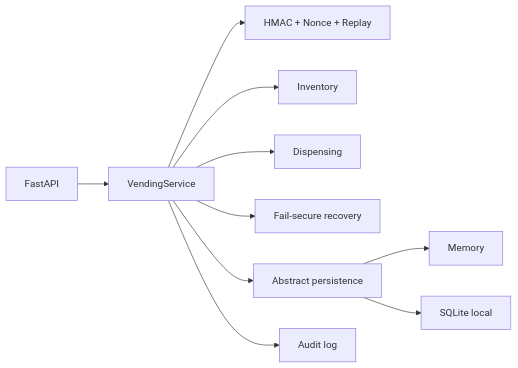
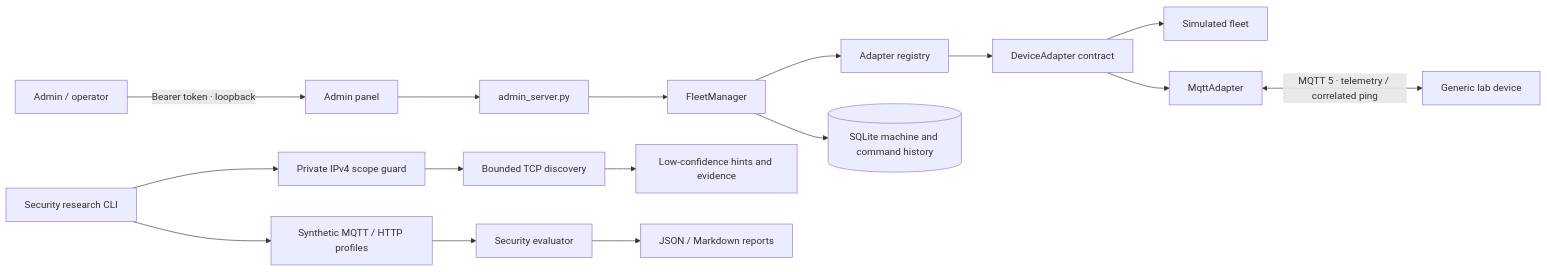
One commit to cleonaia/vendinig_machine_ioT changed the first of 2 diagrams in README.md. Above: the diagram before and after it, drawn with Mermaid. The commit also changed other lines of this file and 112 other files, not shown here.

````diff
--- a/README.md
+++ b/README.md
@@ -36,12 +54,19 @@
 ```mermaid
 flowchart LR
-  API[FastAPI] --> Core[VendingService]
-  Core --> Sec[HMAC + Nonce + Replay]
-  Core --> Inv[Inventory]
-  Core --> Disp[Dispensing]
-  Core --> Rec[Fail-secure recovery]
-  Core --> Repo[Abstract persistence]
-  Repo --> Mem[Memory]
-  Repo --> Sql[SQLite local]
-  Core --> Audit[Audit log]
+    Admin[Admin / operator] -->|Bearer token · loopback| Panel[Admin panel]
+    Panel --> API[admin_server.py]
+    API --> Fleet[FleetManager]
+    Fleet --> Registry[Adapter registry]
+    Registry --> Contract[DeviceAdapter contract]
+    Contract --> Sim[Simulated fleet]
+    Contract --> Mqtt[MqttAdapter]
+    Mqtt <-->|MQTT 5 · telemetry / correlated ping| Peer[Generic lab device]
+    Fleet --> DB[(SQLite machine and command history)]
+
+    CLI[Security research CLI] --> Guard[Private IPv4 scope guard]
+    Guard --> Scan[Bounded TCP discovery]
+    Scan --> Evidence[Low-confidence hints and evidence]
+    CLI --> Fixtures[Synthetic MQTT / HTTP profiles]
+    Fixtures --> Eval[Security evaluator]
+    Eval --> Reports[JSON / Markdown reports]
 ```
````
